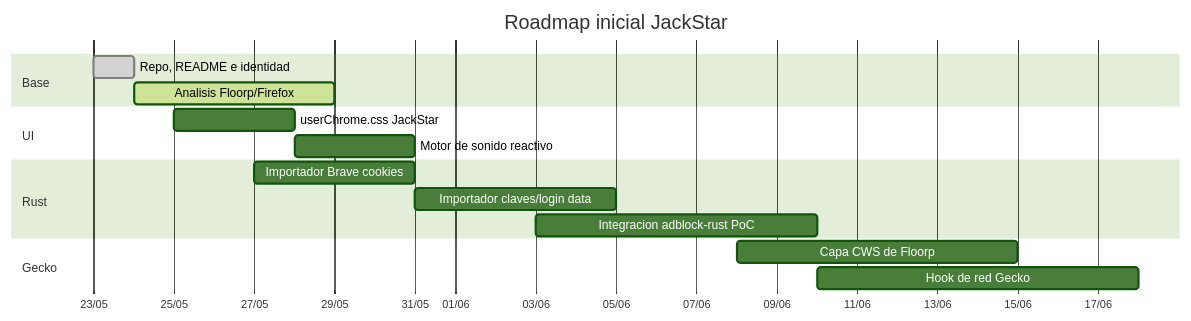
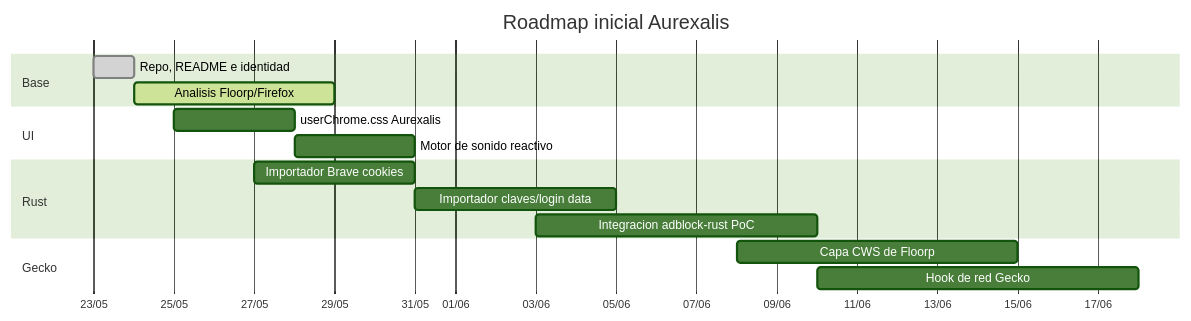
Before and after one commit to JackStar6677-1/Aurexalis: the fourth of 4 diagrams in README.md, drawn with Mermaid (forest theme). The commit also changed other lines of this file and 1 other file, not shown here.

Commit message:
docs: renombra proyecto a Aurexalis

````diff
--- a/README.md
+++ b/README.md
@@ -159,23 +163,23 @@
 ```mermaid
 gantt
-  title Roadmap inicial JackStar
+  title Roadmap inicial Aurexalis
   dateFormat  YYYY-MM-DD
   axisFormat  %d/%m
 
   section Base
   Repo, README e identidad       :done,    r1, 2026-05-23, 1d
   Analisis Floorp/Firefox        :active,  r2, 2026-05-24, 5d
 
   section UI
-  userChrome.css JackStar        :         u1, 2026-05-25, 3d
+  userChrome.css Aurexalis       :         u1, 2026-05-25, 3d
   Motor de sonido reactivo       :         u2, after u1, 3d
 
   section Rust
   Importador Brave cookies       :         m1, 2026-05-27, 4d
   Importador claves/login data   :         m2, after m1, 5d
   Integracion adblock-rust PoC   :         b1, 2026-06-03, 7d
 
   section Gecko
   Capa CWS de Floorp             :         e1, 2026-06-08, 7d
   Hook de red Gecko              :         e2, after b1, 8d
 ```
````
